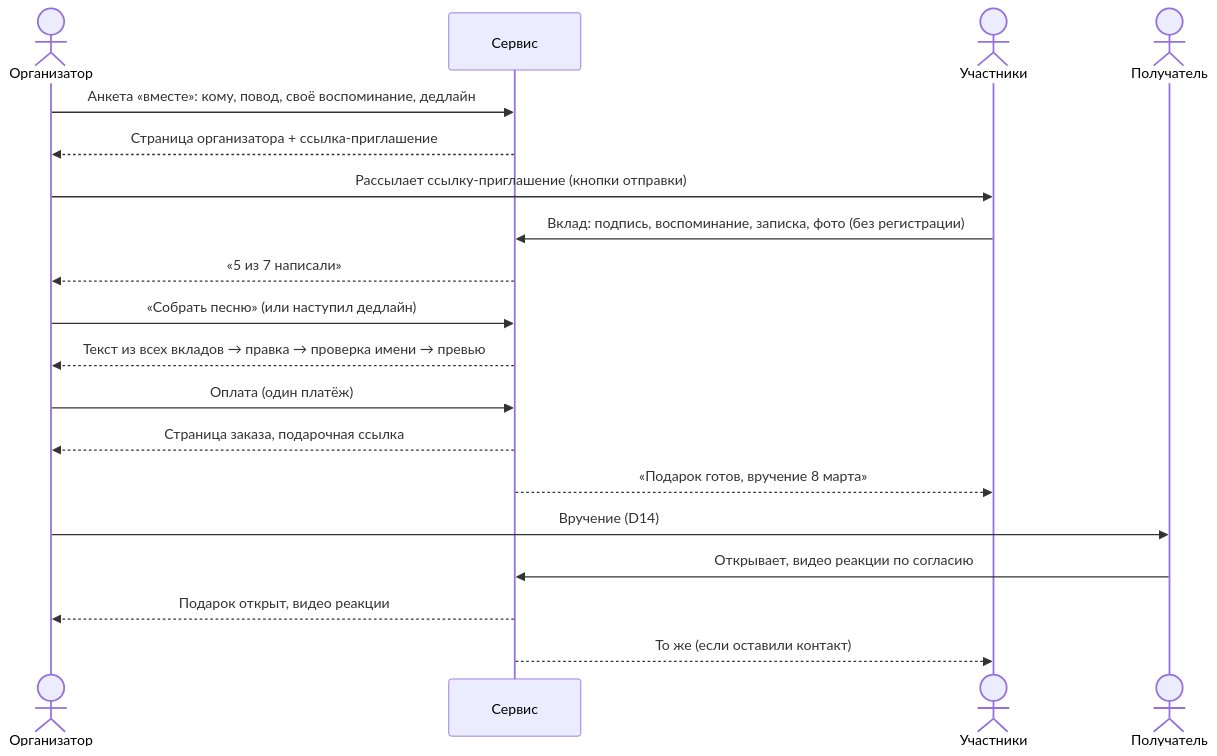
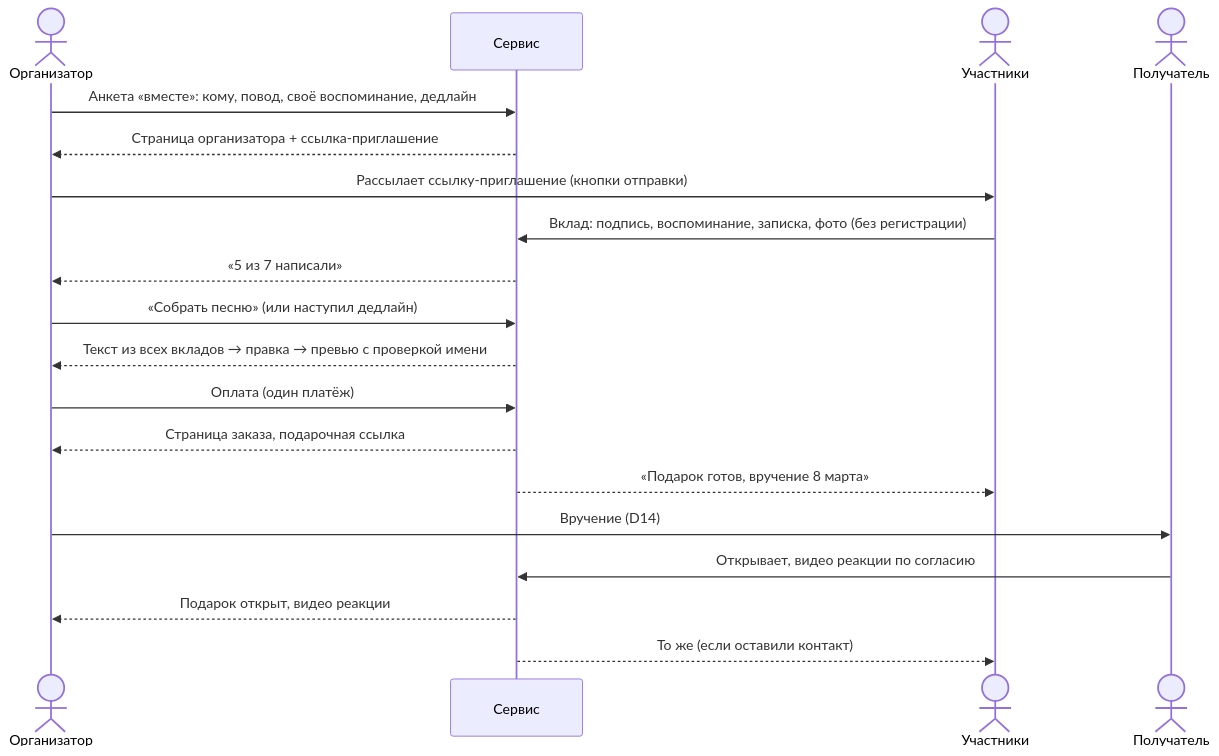
Before and after one commit to AlexMubarakshin/yoursongawaits: the third of 4 diagrams in docs/research/06-prd.md, drawn with Mermaid. The commit also changed other lines of this file and 54 other files, not shown here.

Commit message:
PRD v0.8 and design canvas v73: shorter flow, name check on preview, one plan, flow review B-D

````diff
--- a/docs/research/06-prd.md
+++ b/docs/research/06-prd.md
@@ -391,21 +393,21 @@
 ```mermaid
 sequenceDiagram
     actor O as Организатор
     participant S as Сервис
     actor P as Участники
     actor R as Получатель
     O->>S: Анкета «вместе»: кому, повод, своё воспоминание, дедлайн
     S-->>O: Страница организатора + ссылка-приглашение
     O->>P: Рассылает ссылку-приглашение (кнопки отправки)
     P->>S: Вклад: подпись, воспоминание, записка, фото (без регистрации)
     S-->>O: «5 из 7 написали»
     O->>S: «Собрать песню» (или наступил дедлайн)
-    S-->>O: Текст из всех вкладов → правка → проверка имени → превью
+    S-->>O: Текст из всех вкладов → правка → превью с проверкой имени
     O->>S: Оплата (один платёж)
     S-->>O: Страница заказа, подарочная ссылка
     S-->>P: «Подарок готов, вручение 8 марта»
     O->>R: Вручение (D14)
     R->>S: Открывает, видео реакции по согласию
     S-->>O: Подарок открыт, видео реакции
     S-->>P: То же (если оставили контакт)
 ```
````
